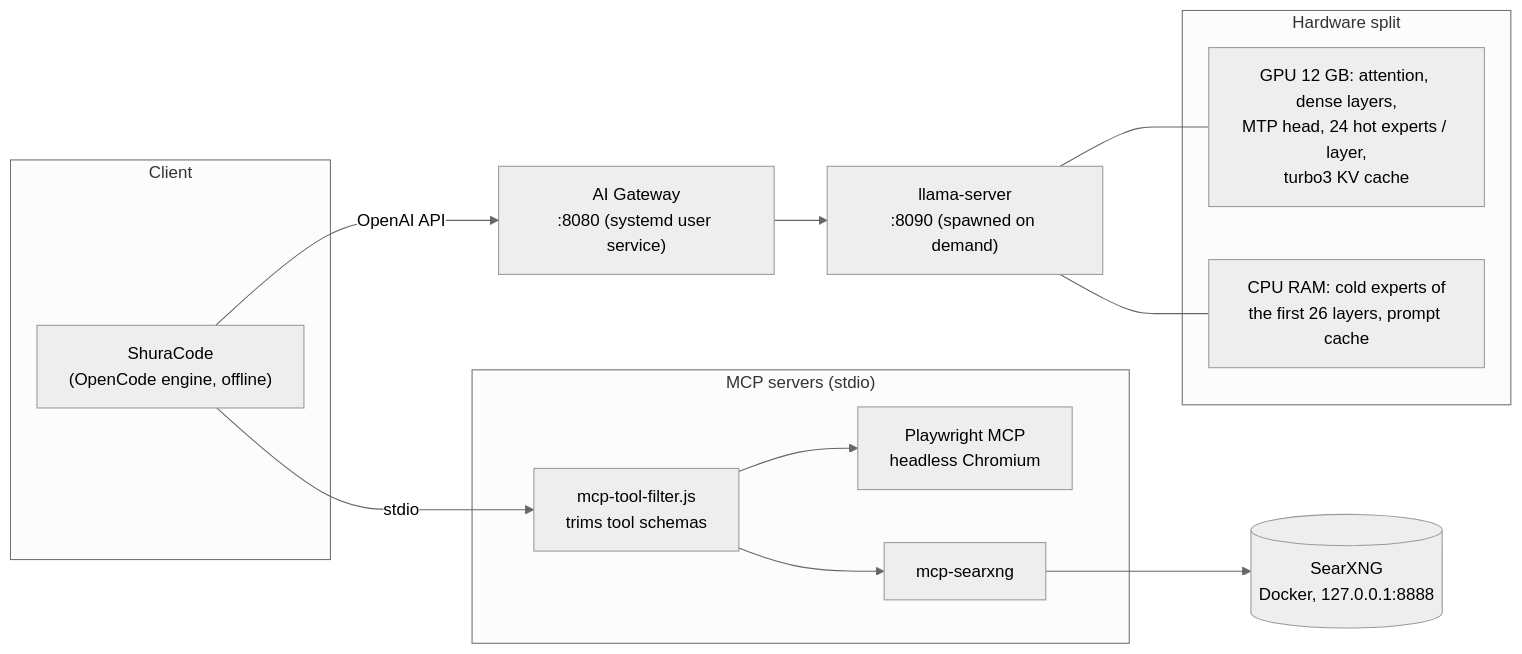
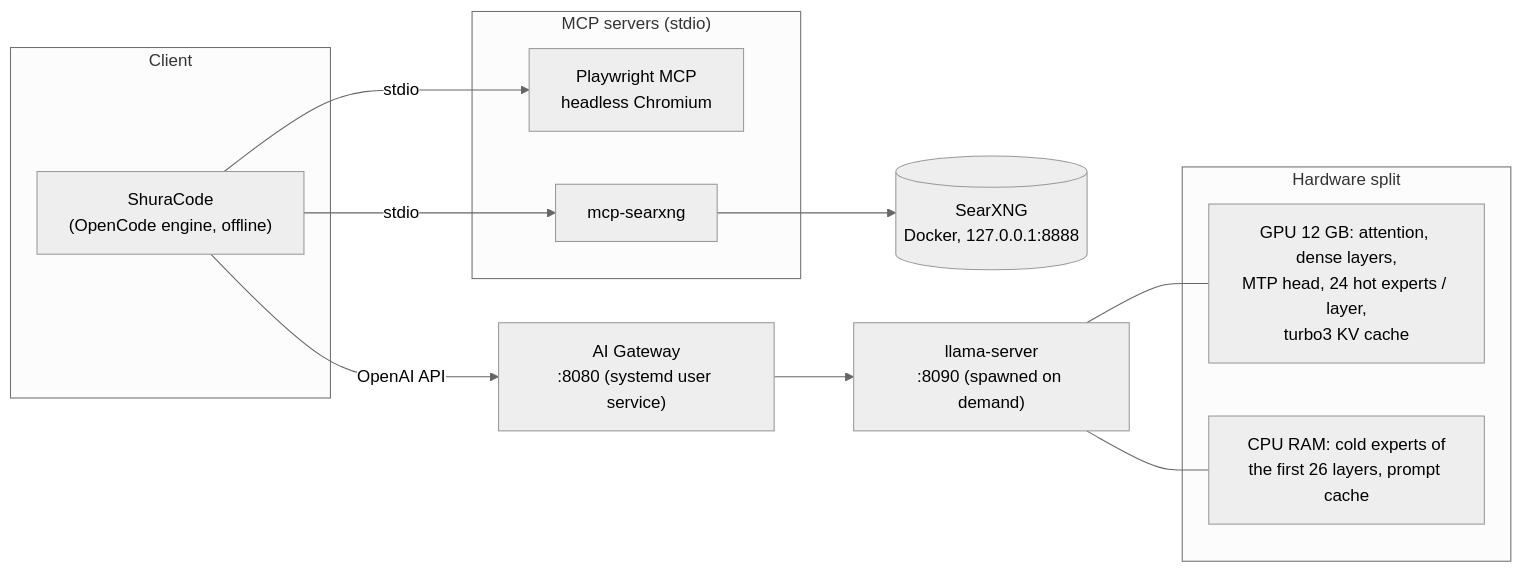
Before and after one commit to hikkian/shura: the first of 2 diagrams in docs/ARCHITECTURE.md, drawn with Mermaid (neutral theme). The commit also changed other lines of this file and 5 other files, not shown here.

Commit message:
docs: correct what a documentation check found against the code (guardian routes, slot and VRAM figures, installer patches, legacy gateway switches, crash limit, niceLevel default, CI containers, removed MCP filter); README in three languages

````diff
--- a/docs/ARCHITECTURE.md
+++ b/docs/ARCHITECTURE.md
@@ -5,23 +5,22 @@
 ```mermaid
 flowchart LR
     subgraph Client
         OC["ShuraCode<br/>(OpenCode engine, offline)"]
     end
     subgraph Tools["MCP servers (stdio)"]
-        F["mcp-tool-filter.js<br/>trims tool schemas"]
         PW["Playwright MCP<br/>headless Chromium"]
         SX["mcp-searxng"]
     end
     SXN[("SearXNG<br/>Docker, 127.0.0.1:8888")]
     GW["AI Gateway<br/>:8080 (systemd user service)"]
     LS["llama-server<br/>:8090 (spawned on demand)"]
     subgraph HW["Hardware split"]
         GPU["GPU 12 GB: attention, dense layers,<br/>MTP head, 24 hot experts / layer,<br/>turbo3 KV cache"]
         CPU["CPU RAM: cold experts of<br/>the first 26 layers, prompt cache"]
     end
     OC -- "OpenAI API" --> GW --> LS
     LS --- GPU
     LS --- CPU
-    OC -- stdio --> F --> PW
-    F --> SX --> SXN
+    OC -- stdio --> PW
+    OC -- stdio --> SX --> SXN
 ```
````
